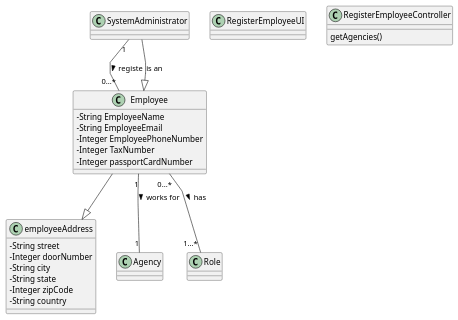
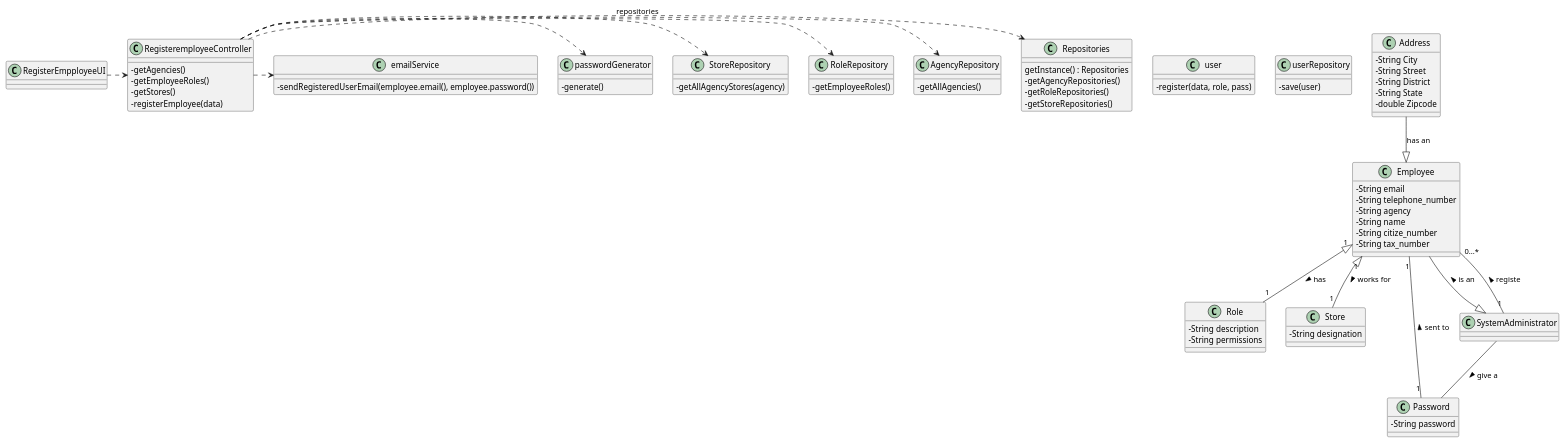
Before and after one commit to 1220812/LAPR2: the diagram in docs/sprintB/us003/03.design/puml/us003-class-diagram.puml, drawn with PlantUML. The commit also changed 2 other files, not shown here.

```diff
--- a/docs/sprintB/us003/03.design/puml/us003-class-diagram.puml
+++ b/docs/sprintB/us003/03.design/puml/us003-class-diagram.puml
@@ -1,49 +1,106 @@
 @startuml
-'skinparam monochrome true
-skinparam packageStyle rectangle
-skinparam shadowing false
-skinparam linetype polyline
-'skinparam linetype orto
-
 skinparam classAttributeIconSize 0
 
-'left to right direction
-
-class SystemAdministrator {
+class RegisteremployeeController{
+    -getAgencies()
+    -getEmployeeRoles()
+    -getStores()
+    -registerEmployee(data)
 }
 
-class employeeAddress{
--String street
--Integer doorNumber
--String city
--String state
--Integer zipCode
--String country
+class Repositories{
+    getInstance() : Repositories
+    -getAgencyRepositories()
+    -getRoleRepositories()
+    -getStoreRepositories()
 }
- class RegisterEmployeeUI{
 
- }
- class RegisterEmployeeController{
-getAgencies()
- }
+class AgencyRepository{
+    -getAllAgencies()
+}
+
+class RoleRepository{
+    -getEmployeeRoles()
+}
+
+class StoreRepository{
+    -getAllAgencyStores(agency)
+}
+
+class passwordGenerator{
+    -generate()
+}
+
+class emailService{
+    -sendRegisteredUserEmail(employee.email(), employee.password())
+}
+
+class user{
+-register(data, role, pass)
+}
+
+class userRepository{
+-save(user)
+}
+
+class RegisterEmpployeeUI{
+}
+
+
+
+
 class Employee {
-    -String EmployeeName
-    -String EmployeeEmail
-    -Integer EmployeePhoneNumber
-    -Integer TaxNumber
-    -Integer passportCardNumber
+    -String email
+    -String telephone_number
+    -String agency
+    -String name
+    -String citize_number
+    -String tax_number
 
 }
 
-class Agency {
-
+class Address {
+    -String City
+    -String Street
+    -String District
+    -String State
+    -double Zipcode
 }
 
+class Role{
+    - String description
+    - String permissions
+}
+
+class Store{
+    -String designation
+    }
+
+
+class Password {
+    -String password
+}
+
+
+
+RegisterEmpployeeUI .>RegisteremployeeController
+RegisteremployeeController .>Repositories :repositories
+RegisteremployeeController .>AgencyRepository
+RegisteremployeeController .>RoleRepository
+RegisteremployeeController .>StoreRepository
+RegisteremployeeController .>passwordGenerator
+RegisteremployeeController .>emailService
+
+
+
+
+
+
+Address --|> Employee: has an
 SystemAdministrator "1"--"0...*" Employee: registe >
-SystemAdministrator --|> Employee: is an
-Employee --|> employeeAddress
-
-Employee "1"--"1" Agency: works for >
-Employee "0...*"--"1...*" Role: has >
-
+Employee --|> SystemAdministrator: is an <
+Employee "1"--"1" Password: sent to <
+Employee "1"<|--"1" Store: works for >
+Employee "1"<|--"1" Role: has >
+SystemAdministrator -- Password: give a >
 @enduml
```
